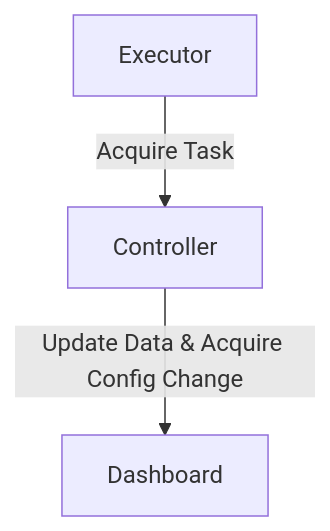
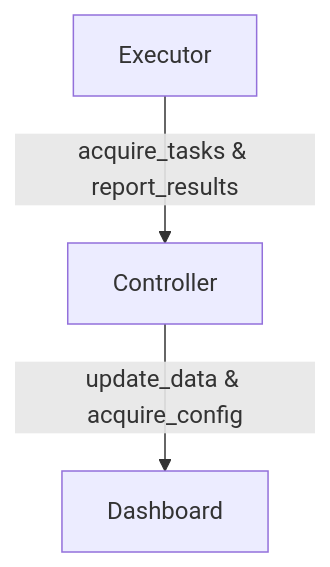
One commit to bovi/nof changed the diagram in README.md. Above: the diagram before and after it, drawn with Mermaid. The commit also changed other lines of this file and 4 other files, not shown here.

````diff
--- a/README.md
+++ b/README.md
@@ -3,9 +3,9 @@
 ```mermaid
 graph TD;
   Controller["Controller"];
     Dashboard["Dashboard"];
     Executor["Executor"];
 
-    Controller -->|Update Data & Acquire Config Change| Dashboard;
-    Executor -->|Acquire Task| Controller;
+    Controller -->|update_data & acquire_config| Dashboard;
+    Executor -->|acquire_tasks & report_results| Controller;
 ```
````
